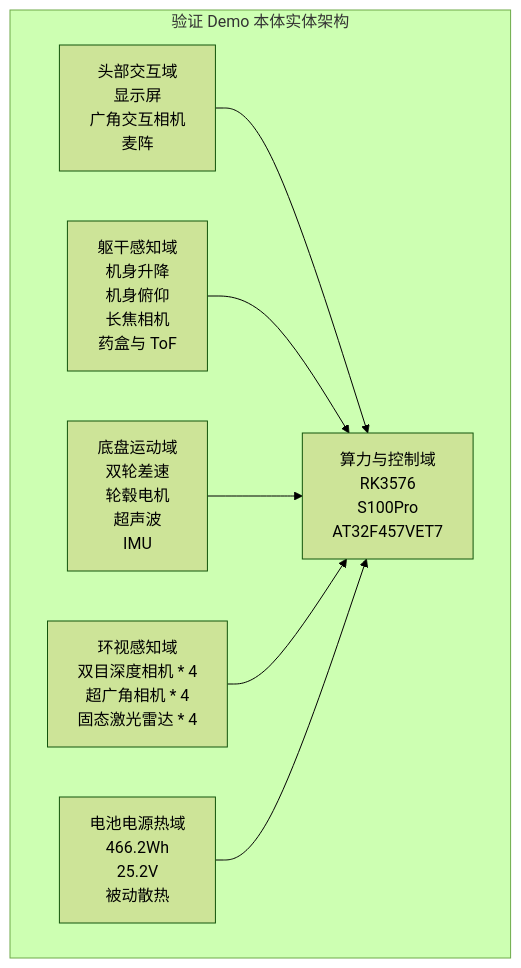
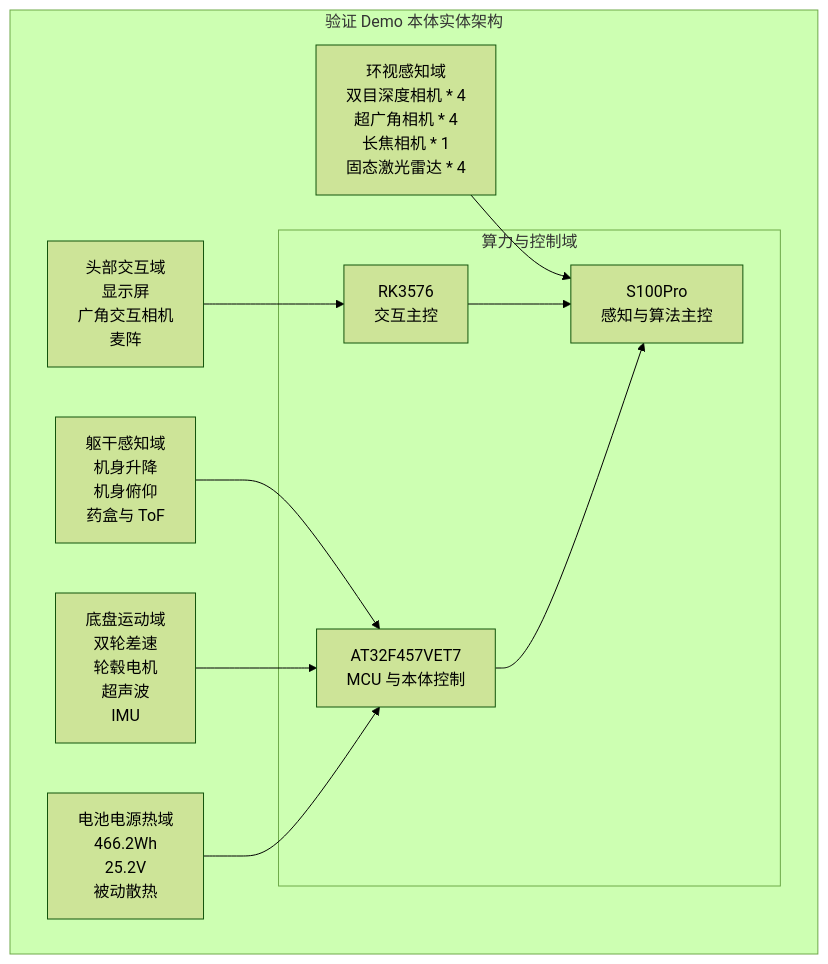
The first of 2 diagrams in docs/01_p0_concept/04_demo_validation_system_architecture_reconstruction_and_product_inheritance_assessment.md (hlm12348765/Kinbot_OODA), drawn with Mermaid (forest theme) before and after one commit. The commit also changed other lines of this file and 1 other file, not shown here.

Commit message:
docs: maintain demo architecture assessment revisions

````diff
--- a/docs/01_p0_concept/04_demo_validation_system_architecture_reconstruction_and_product_inheritance_assessment.md
+++ b/docs/01_p0_concept/04_demo_validation_system_architecture_reconstruction_and_product_inheritance_assessment.md
@@ -145,37 +156,43 @@
 ```mermaid
 flowchart TB
     subgraph B["验证 Demo 本体实体架构"]
         H["头部交互域
         显示屏
         广角交互相机
         麦阵"]
         T["躯干感知域
         机身升降
         机身俯仰
-        长焦相机
         药盒与 ToF"]
         C["底盘运动域
         双轮差速
         轮毂电机
         超声波
         IMU"]
         S["环视感知域
         双目深度相机 * 4
         超广角相机 * 4
+        长焦相机 * 1
         固态激光雷达 * 4"]
-        P["算力与控制域
-        RK3576
-        S100Pro
-        AT32F457VET7"]
+        subgraph P["算力与控制域"]
+            P1["RK3576
+            交互主控"]
+            P2["S100Pro
+            感知与算法主控"]
+            P3["AT32F457VET7
+            MCU 与本体控制"]
+        end
         E["电池电源热域
         466.2Wh
         25.2V
         被动散热"]
     end
 
-    H --> P
-    T --> P
-    C --> P
-    S --> P
-    E --> P
+    H --> P1
+    T --> P3
+    C --> P3
+    S --> P2
+    E --> P3
+    P1 --> P2
+    P3 --> P2
 ```
````
